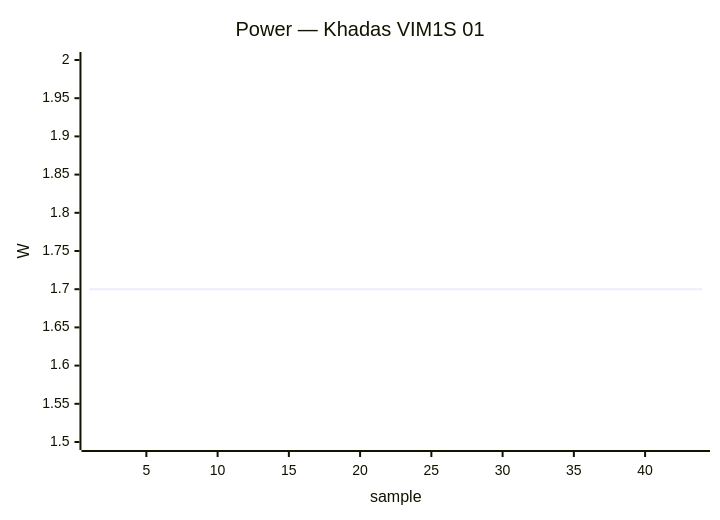
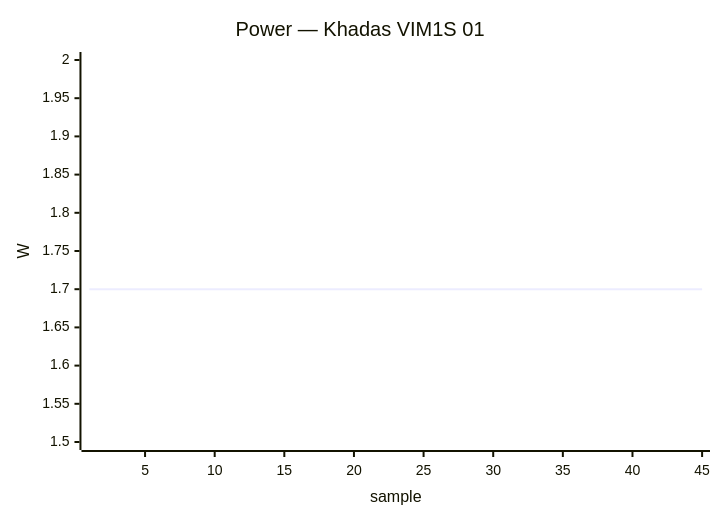
One commit to armbian/documentation changed the second of 34 diagrams in docs/status/board-tests.md. Above: the diagram before and after it, drawn with Mermaid. The commit also changed other lines of this file, not shown here.

````diff
--- a/docs/status/board-tests.md
+++ b/docs/status/board-tests.md
@@ -86,7 +86,7 @@
 ```mermaid
 xychart-beta
     title "Power — Khadas VIM1S 01"
-    x-axis "sample" 1 --> 44
+    x-axis "sample" 1 --> 45
     y-axis "W" 1.5 --> 2.0
     line [1.70, 1.70, 1.70, 1.70, 1.70, 1.70, 1.70, 1.70, 1.70, 1.70, 1.70, 1.70, 1.70, 1.70, 1.70, 1.70, 1.70, 1.70, 1.70, 1.70, 1.70, 1.70, 1.70, 1.70, 1.70, 1.70, 1.70, 1.70, 1.70, 1.70, 1.70, 1.70, 1.70, 1.70, 1.70, 1.70, 1.70, 1.70, 1.70, 1.70]
 ```
````
